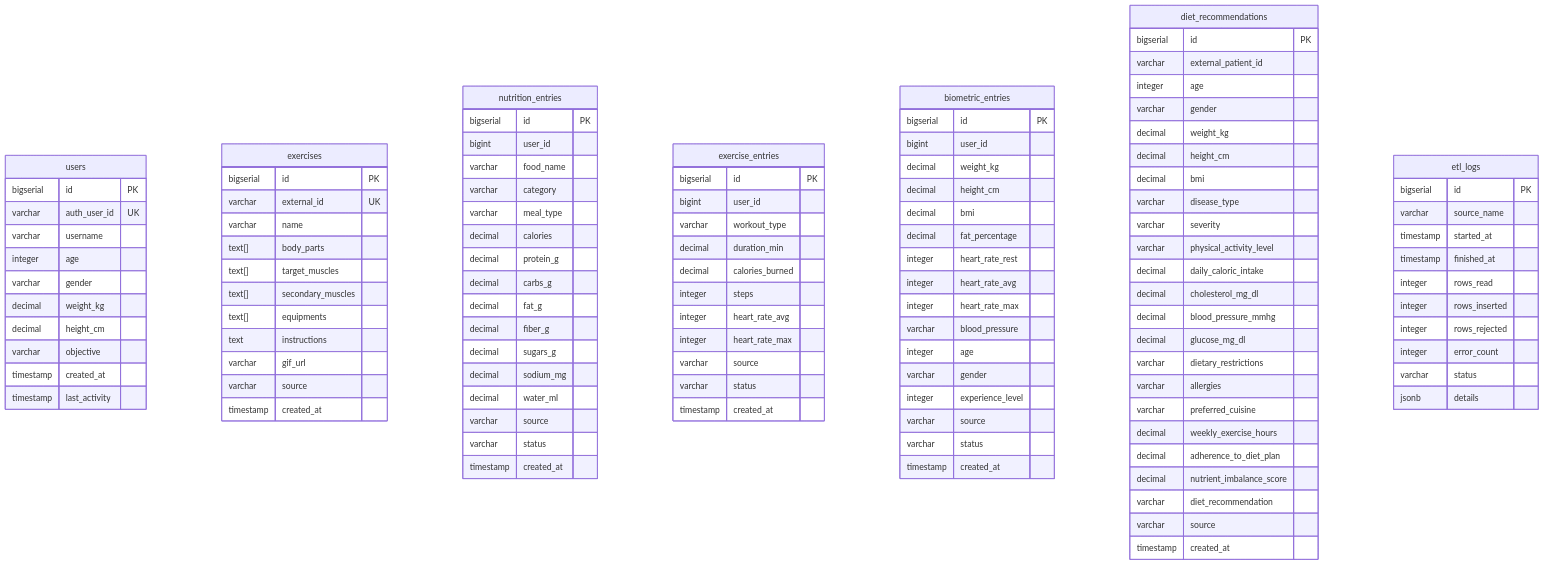
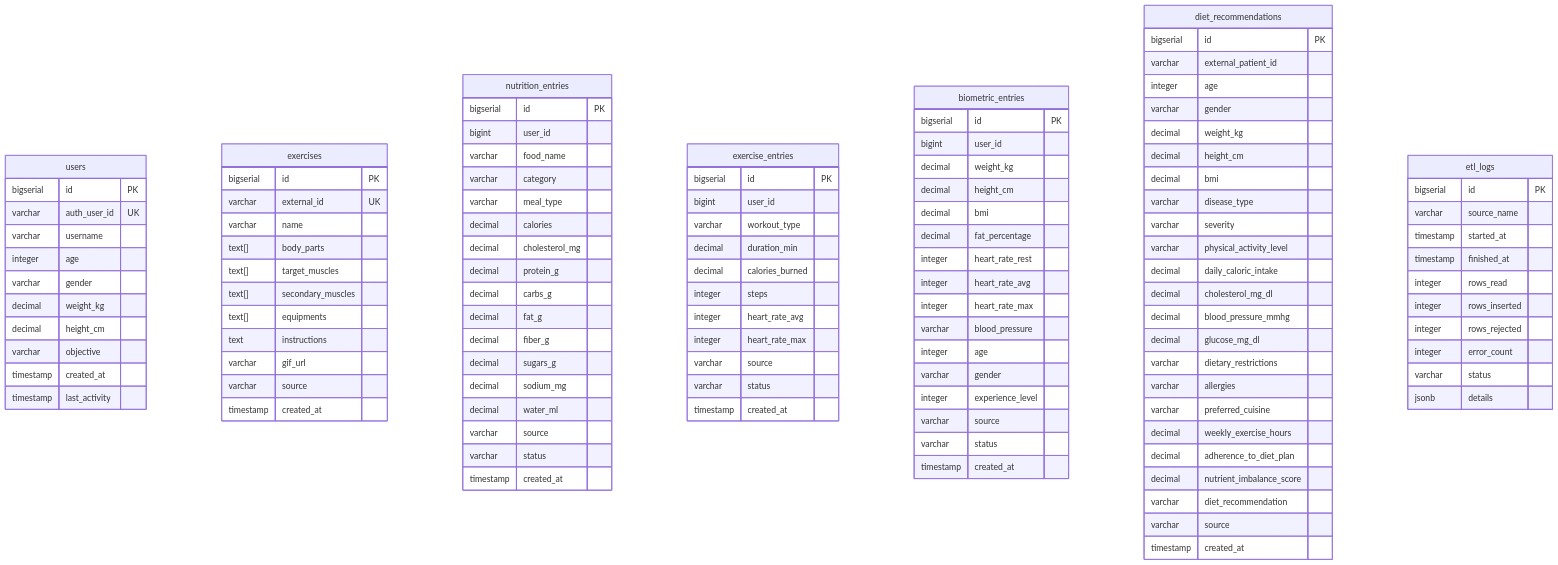
One commit to whitefoxxyt/MSPR-HealthAI-Coach-BDD changed the diagram in README.md. Above: the diagram before and after it, drawn with Mermaid.

Commit message:
docs: ajouter cholesterol_mg manquant dans nutrition_entries du schema

```diff
--- a/README.md
+++ b/README.md
@@ -94,6 +94,7 @@
         varchar category
         varchar meal_type
         decimal calories
+        decimal cholesterol_mg
         decimal protein_g
         decimal carbs_g
         decimal fat_g
```
